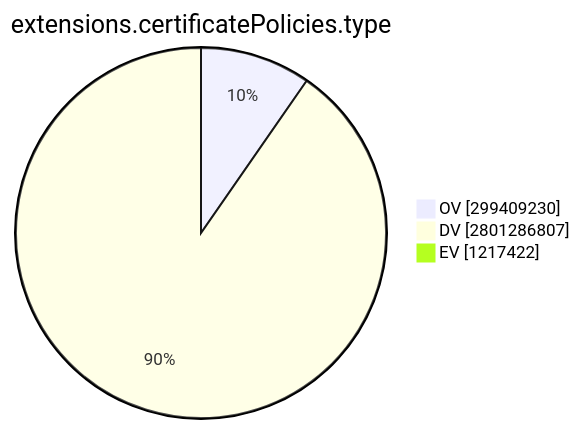
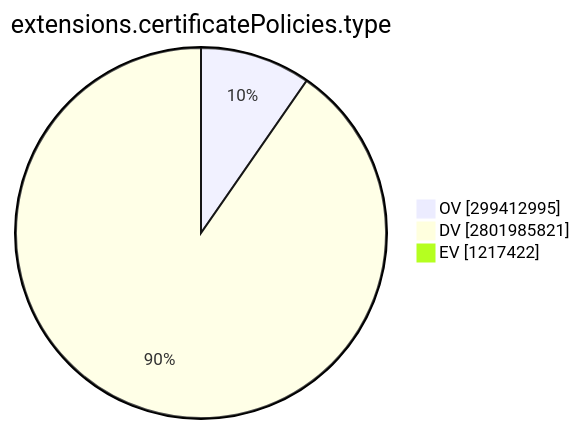
The ninth of 15 diagrams in TOTAL/README.md (christiankrug/ctmonitor_visualization), drawn with Mermaid before and after one commit. The commit also changed other lines of this file, not shown here.

````diff
--- a/TOTAL/README.md
+++ b/TOTAL/README.md
@@ -3101,7 +3101,7 @@
 ```mermaid
 pie showData
 title extensions.certificatePolicies.type
-"OV" :299409230
-"DV" :2801286807
+"OV" :299412995
+"DV" :2801985821
 "EV" :1217422
 ```
````
